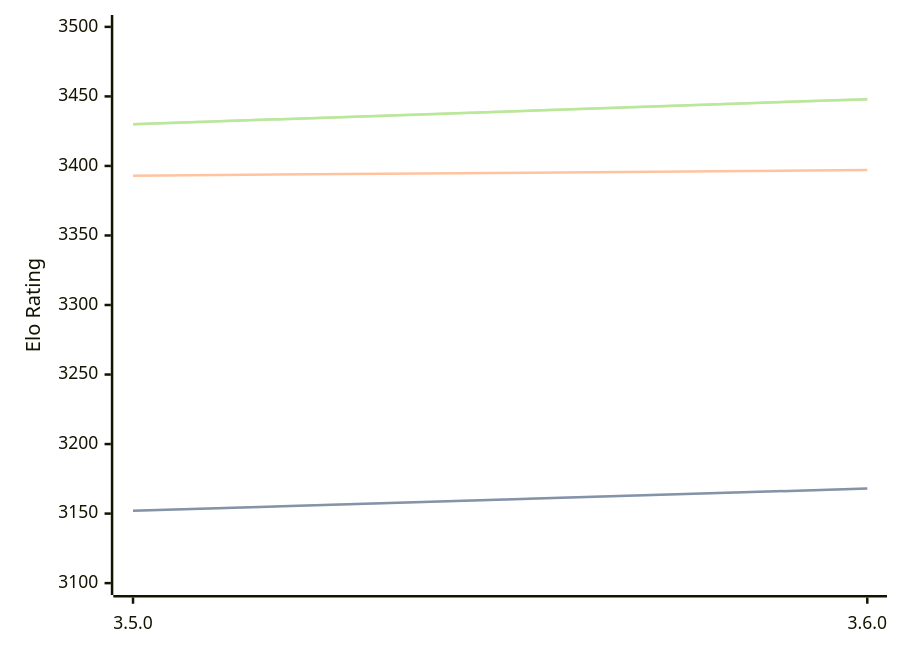
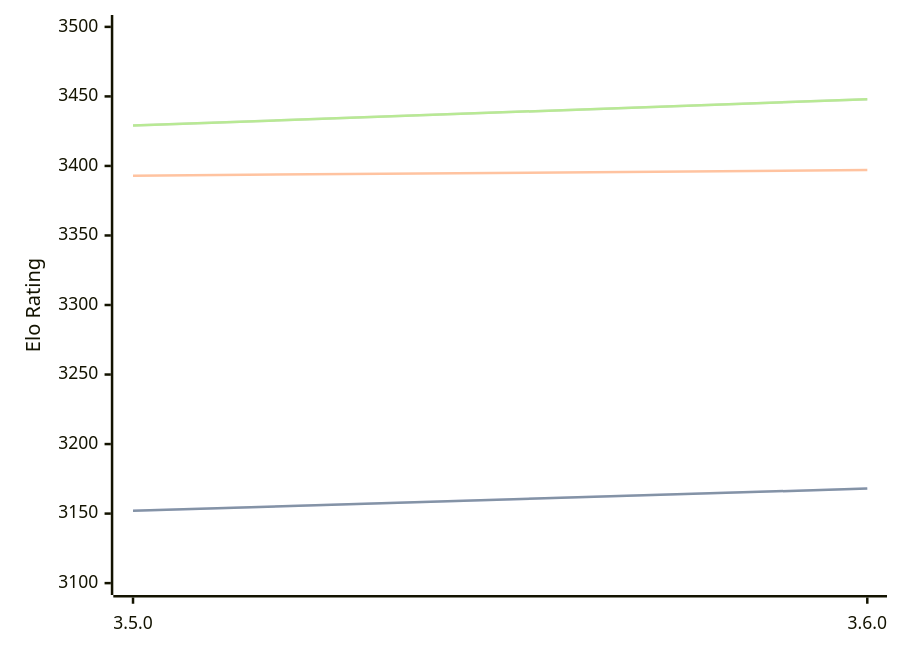
One commit to computer-chess-index/cci changed the diagram in engines/Igel.md. Above: the diagram before and after it, drawn with Mermaid. The commit also changed other lines of this file, not shown here.

Commit message:
Update CCI Ratings (ELO VLTC) - 2026-08-16

````diff
--- a/engines/Igel.md
+++ b/engines/Igel.md
@@ -32,11 +32,11 @@
 ```mermaid
 %%{init: {"theme":"base","themeVariables":{"seriesColors:['#a3a3a3','#222221','#faa371']}}}%%
 xychart-beta
   x-axis ["3.5.0", "3.6.0"]
   y-axis "Elo Rating" 3100 --> 3500
   line "STC (8.0+0.08s)" [3152, 3168]
   line "STC (8.0+0.08s)" [3152, 3168]
   line "LTC (60.0+0.60s)" [3393, 3397]
-  line "VLTC (2m24s+1.12s)" [3430, 3448]
-  line "VLTC (2m24s+1.12s)" [3430, 3448]
+  line "VLTC (2m24s+1.12s)" [3429, 3448]
+  line "VLTC (2m24s+1.12s)" [3429, 3448]
 ```
````
